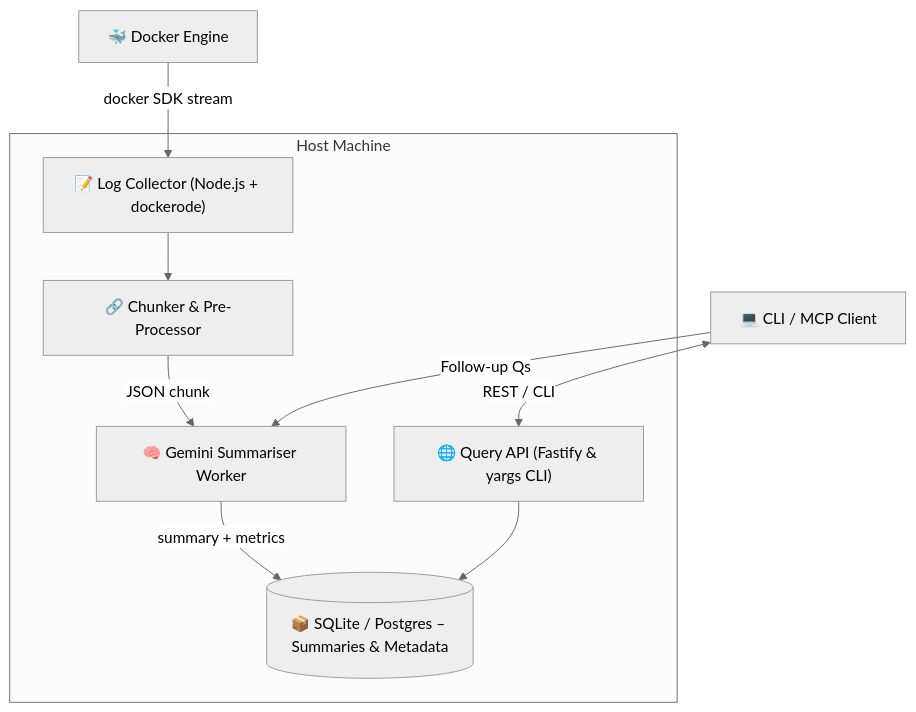
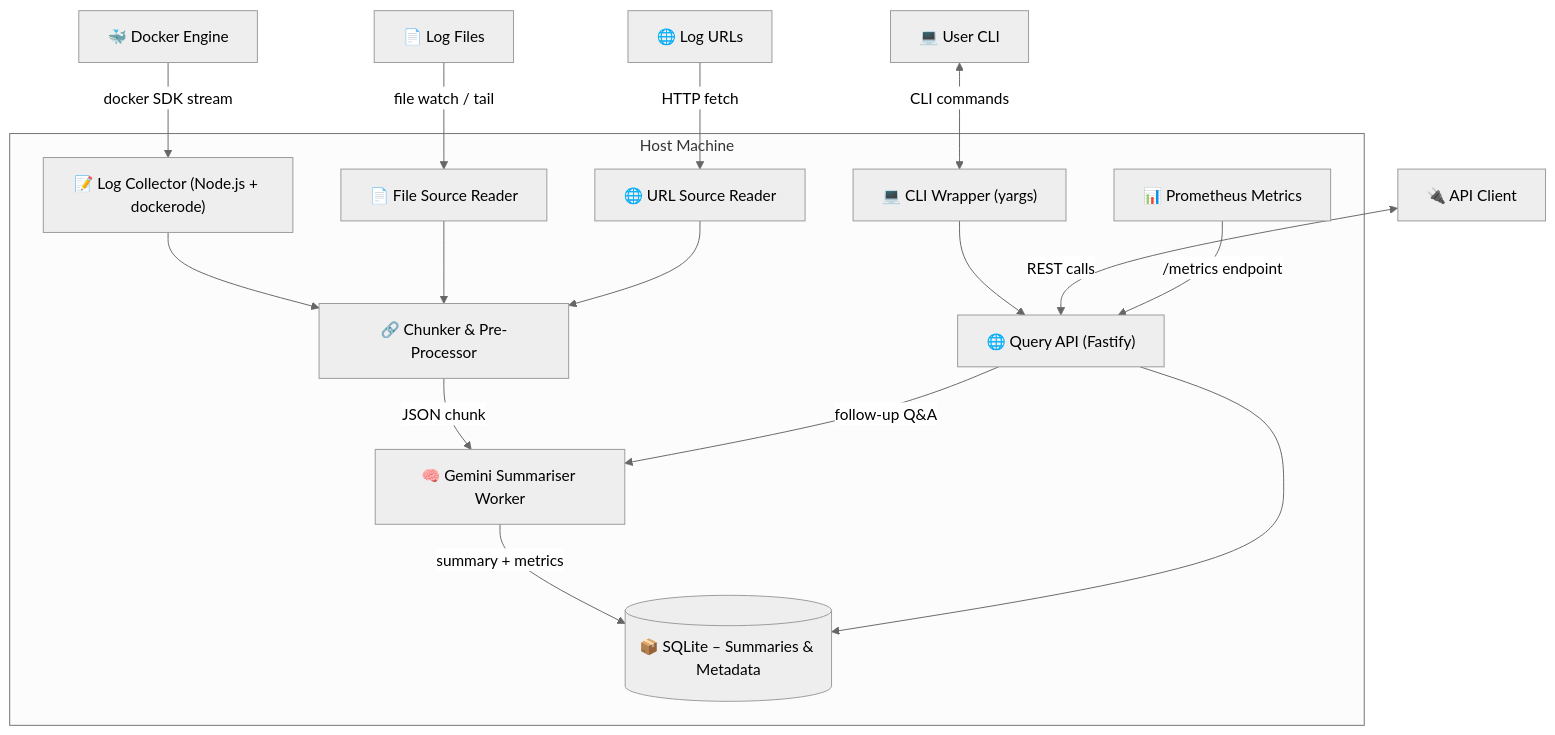
The diagram in docs/architecture-docker-mcp.md (stanley-marketing/docker-container-logs), drawn with Mermaid (neutral theme) before and after one commit. The commit also changed other lines of this file and 7 other files, not shown here.

First line of the commit message:
Add CLI and coverage testing scripts, enhance architecture documentation

````diff
--- a/docs/architecture-docker-mcp.md
+++ b/docs/architecture-docker-mcp.md
@@ -7,20 +7,34 @@
 ```mermaid
 graph TD
     subgraph "Host Machine"
         LC["📝 Log Collector (Node.js + dockerode)"]
+        FS["📄 File Source Reader"]
+        US["🌐 URL Source Reader"]
         CH["🔗 Chunker & Pre-Processor"]
         SUM["🧠 Gemini Summariser Worker"]
-        DB[("📦 SQLite / Postgres – Summaries & Metadata")]
-        API["🌐 Query API (Fastify & yargs CLI)"]
+        DB[("📦 SQLite – Summaries & Metadata")]
+        API["🌐 Query API (Fastify)"]
+        CLI["💻 CLI Wrapper (yargs)"]
+        METRICS["📊 Prometheus Metrics"]
     end
-    UserCLI["💻 CLI / MCP Client"]
+    UserCLI["💻 User CLI"]
+    UserAPI["🔌 API Client"]
     DockerEngine["🐳 Docker Engine"]
+    LogFiles["📄 Log Files"]
+    LogURLs["🌐 Log URLs"]
 
     DockerEngine -->|"docker SDK stream"| LC
+    LogFiles -->|"file watch / tail"| FS
+    LogURLs -->|"HTTP fetch"| US
     LC --> CH
+    FS --> CH
+    US --> CH
     CH -->|"JSON chunk"| SUM
     SUM -->|"summary + metrics"| DB
     API --> DB
-    UserCLI <-->|"REST / CLI"| API
-    UserCLI -->|"Follow-up Qs"| SUM
+    CLI --> API
+    UserCLI <-->|"CLI commands"| CLI
+    UserAPI <-->|"REST calls"| API
+    API -->|"follow-up Q&A"| SUM
+    METRICS -->|"/metrics endpoint"| API
 ```
````
